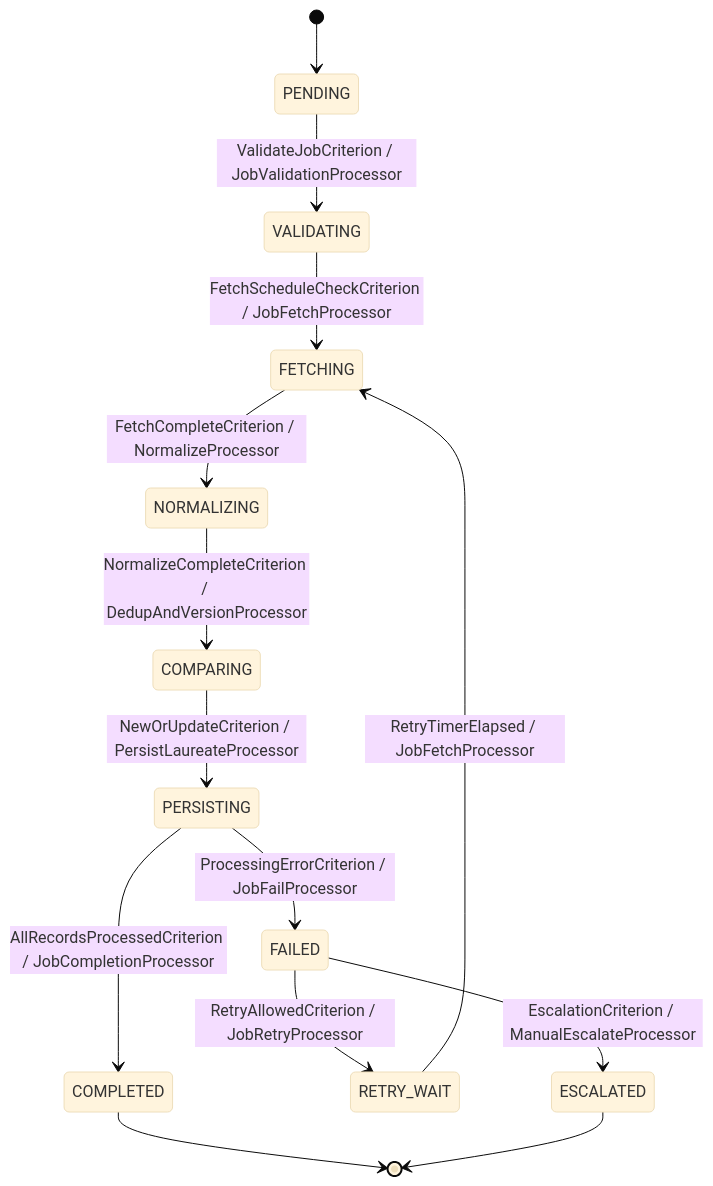
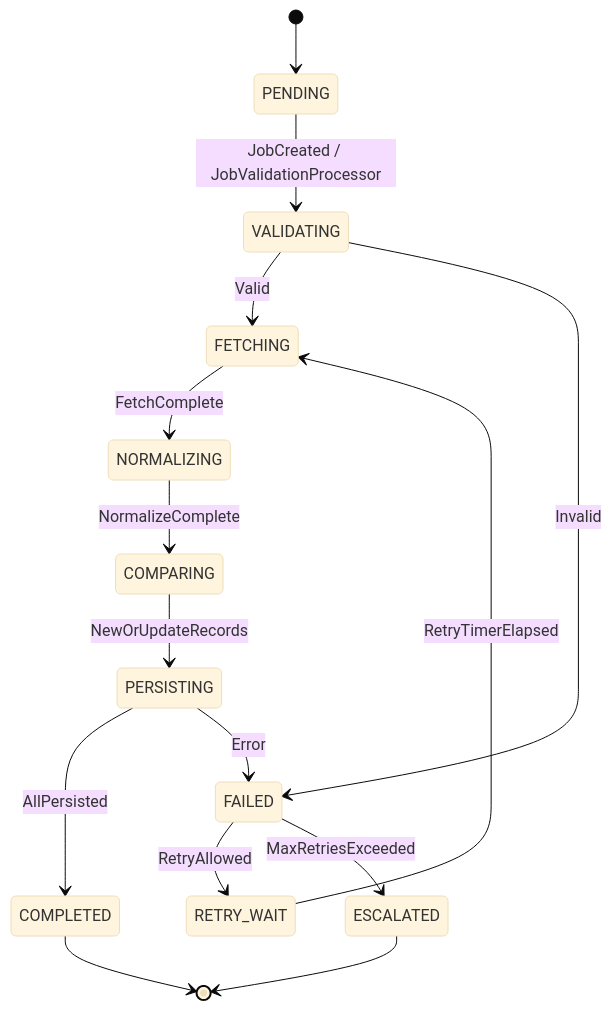
The diagram in src/main/java/com/java_template/prototype/functional_requirement.md (Cyoda-platform/java-client-template), drawn with Mermaid (base theme) before and after one commit. The commit also changed other lines of this file, not shown here.

````diff
--- a/src/main/java/com/java_template/prototype/functional_requirement.md
+++ b/src/main/java/com/java_template/prototype/functional_requirement.md
@@ -55,16 +114,17 @@
 ```mermaid
 stateDiagram-v2
     [*] --> PENDING
-    PENDING --> VALIDATING : ValidateJobCriterion / JobValidationProcessor
-    VALIDATING --> FETCHING : FetchScheduleCheckCriterion / JobFetchProcessor
-    FETCHING --> NORMALIZING : FetchCompleteCriterion / NormalizeProcessor
-    NORMALIZING --> COMPARING : NormalizeCompleteCriterion / DedupAndVersionProcessor
-    COMPARING --> PERSISTING : NewOrUpdateCriterion / PersistLaureateProcessor
-    PERSISTING --> COMPLETED : AllRecordsProcessedCriterion / JobCompletionProcessor
-    PERSISTING --> FAILED : ProcessingErrorCriterion / JobFailProcessor
-    FAILED --> RETRY_WAIT : RetryAllowedCriterion / JobRetryProcessor
-    RETRY_WAIT --> FETCHING : RetryTimerElapsed / JobFetchProcessor
-    FAILED --> ESCALATED : EscalationCriterion / ManualEscalateProcessor
+    PENDING --> VALIDATING : JobCreated / JobValidationProcessor
+    VALIDATING --> FETCHING : Valid
+    VALIDATING --> FAILED : Invalid
+    FETCHING --> NORMALIZING : FetchComplete
+    NORMALIZING --> COMPARING : NormalizeComplete
+    COMPARING --> PERSISTING : NewOrUpdateRecords
+    PERSISTING --> COMPLETED : AllPersisted
+    PERSISTING --> FAILED : Error
+    FAILED --> RETRY_WAIT : RetryAllowed
+    RETRY_WAIT --> FETCHING : RetryTimerElapsed
+    FAILED --> ESCALATED : MaxRetriesExceeded
     COMPLETED --> [*]
     ESCALATED --> [*]
 ```
````
